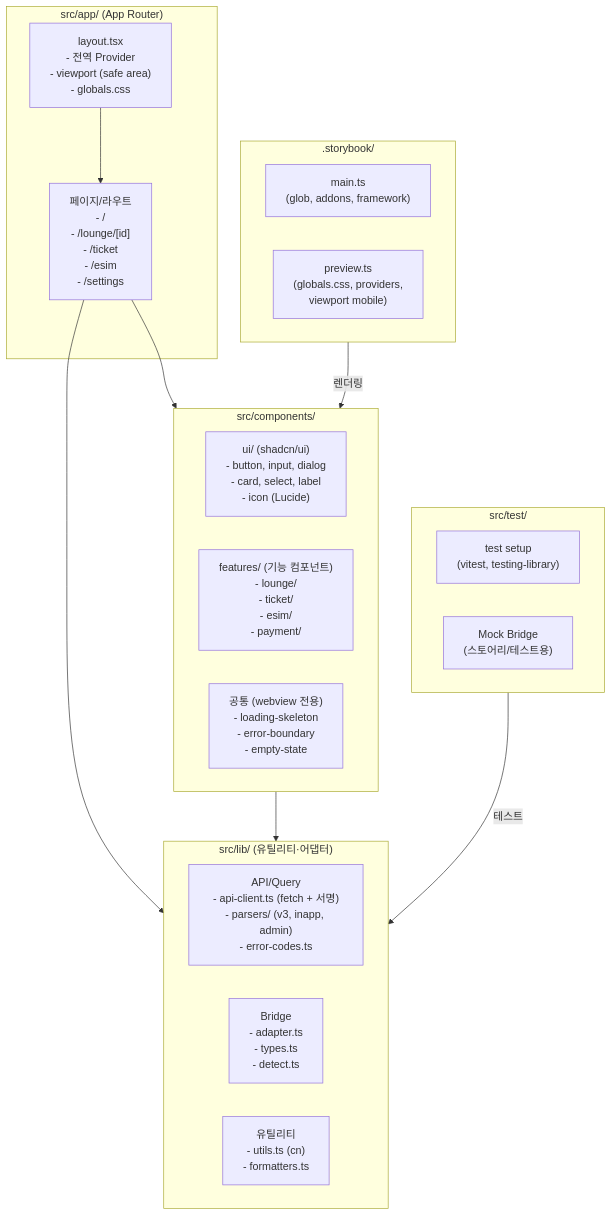
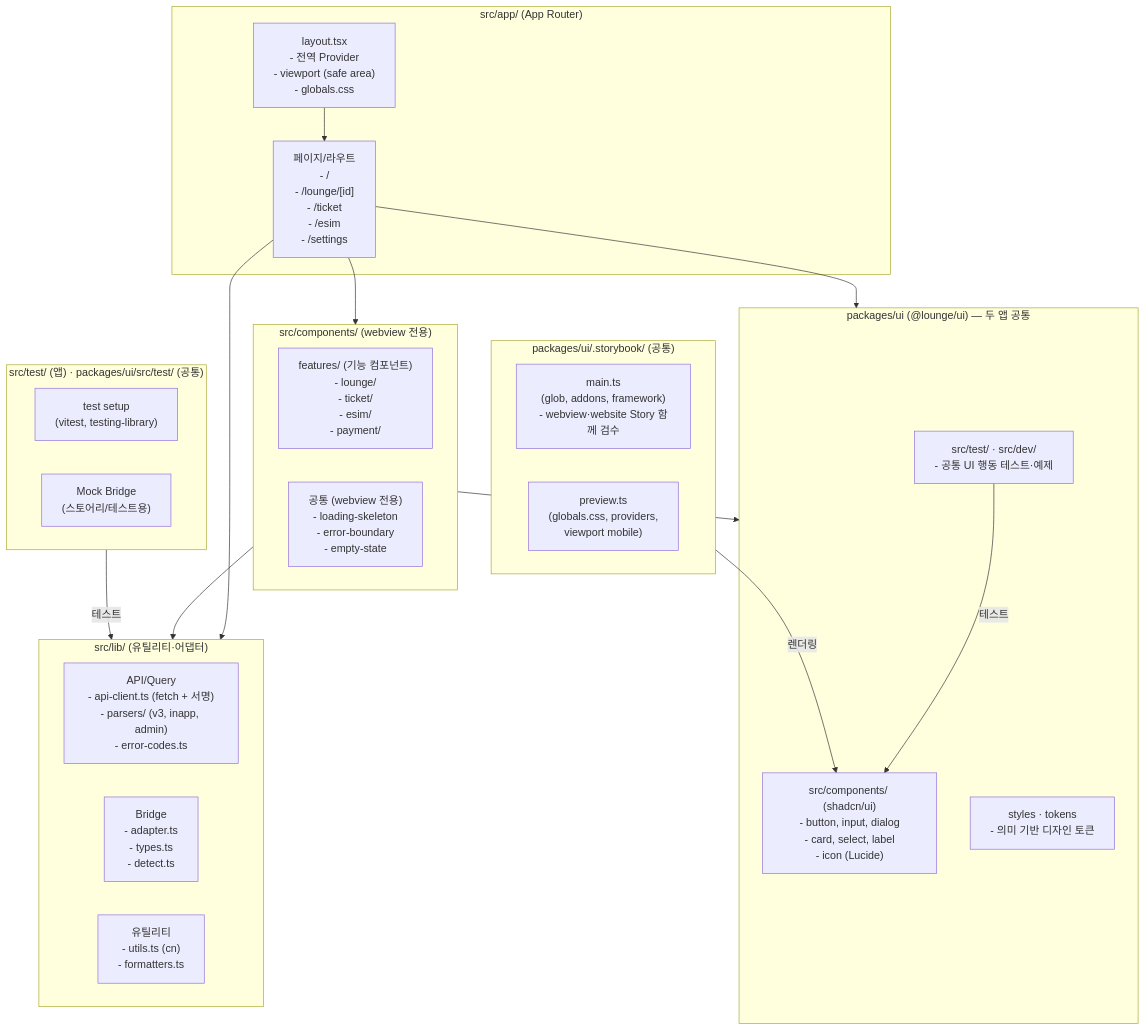
One commit to minsukong/lounge-docs changed the first of 3 diagrams in docs/diagrams/[TBD]_frontend-internal.md. Above: the diagram before and after it, drawn with Mermaid. The commit also changed other lines of this file and 5 other files, not shown here.

```diff
--- a/docs/diagrams/[TBD]_frontend-internal.md
+++ b/docs/diagrams/[TBD]_frontend-internal.md
@@ -9,39 +10,47 @@
   <div class="mermaid">
 flowchart TB
-  accTitle: webview 내부 구조 (예상)
-  accDescr: Next.js App Router 기반의 WebView 애플리케이션으로, 라우트/레이아웃, UI 컴포넌트, API/유틸리티, 테스트로 구성됩니다.
+  accTitle: front-end 워크스페이스 내부 구조 (webview 기준)
+  accDescr: Next.js App Router 기반 WebView 애플리케이션과 packages/ui 공통 UI 패키지, API/유틸리티, 테스트로 구성됩니다.
   
   subgraph APP["src/app/ (App Router)"]
     LAYOUT["layout.tsx<br/>- 전역 Provider<br/>- viewport (safe area)<br/>- globals.css"]
     PAGES["페이지/라우트<br/>- /<br/>- /lounge/[id]<br/>- /ticket<br/>- /esim<br/>- /settings"]
     LAYOUT --> PAGES
   end
 
-  subgraph COMPONENTS["src/components/"]
-    UI["ui/ (shadcn/ui)<br/>- button, input, dialog<br/>- card, select, label<br/>- icon (Lucide)"]
+  subgraph SHARED["packages/ui (@lounge/ui) — 두 앱 공통"]
+    UI["src/components/ (shadcn/ui)<br/>- button, input, dialog<br/>- card, select, label<br/>- icon (Lucide)"]
+    TOKENS["styles · tokens<br/>- 의미 기반 디자인 토큰"]
+    UTEST["src/test/ · src/dev/<br/>- 공통 UI 행동 테스트·예제"]
+  end
+
+  subgraph COMPONENTS["src/components/ (webview 전용)"]
     FEATURES["features/ (기능 컴포넌트)<br/>- lounge/<br/>- ticket/<br/>- esim/<br/>- payment/"]
     COMMON["공통 (webview 전용)<br/>- loading-skeleton<br/>- error-boundary<br/>- empty-state"]
   end
 
   subgraph LIB["src/lib/ (유틸리티·어댑터)"]
     QUERY["API/Query<br/>- api-client.ts (fetch + 서명)<br/>- parsers/ (v3, inapp, admin)<br/>- error-codes.ts"]
     BRIDGE["Bridge<br/>- adapter.ts<br/>- types.ts<br/>- detect.ts"]
     UTILS["유틸리티<br/>- utils.ts (cn)<br/>- formatters.ts"]
   end
 
-  subgraph STORIES[".storybook/"]
-    SB_MAIN["main.ts<br/>(glob, addons, framework)"]
+  subgraph STORIES["packages/ui/.storybook/ (공통)"]
+    SB_MAIN["main.ts<br/>(glob, addons, framework)<br/>- webview·website Story 함께 검수"]
     SB_PREVIEW["preview.ts<br/>(globals.css, providers,<br/>viewport mobile)"]
   end
 
-  subgraph TEST["src/test/"]
+  subgraph TEST["src/test/ (앱) · packages/ui/src/test/ (공통)"]
     SETUP["test setup<br/>(vitest, testing-library)"]
     MOCKS["Mock Bridge<br/>(스토어리/테스트용)"]
   end
 
   PAGES --> COMPONENTS
+  PAGES --> SHARED
   PAGES --> LIB
+  COMPONENTS --> SHARED
   COMPONENTS --> LIB
-  STORIES -- "렌더링" --> COMPONENTS
+  STORIES -- "렌더링" --> UI
   TEST -- "테스트" --> LIB
+  UTEST -- "테스트" --> UI
   </div>
```
